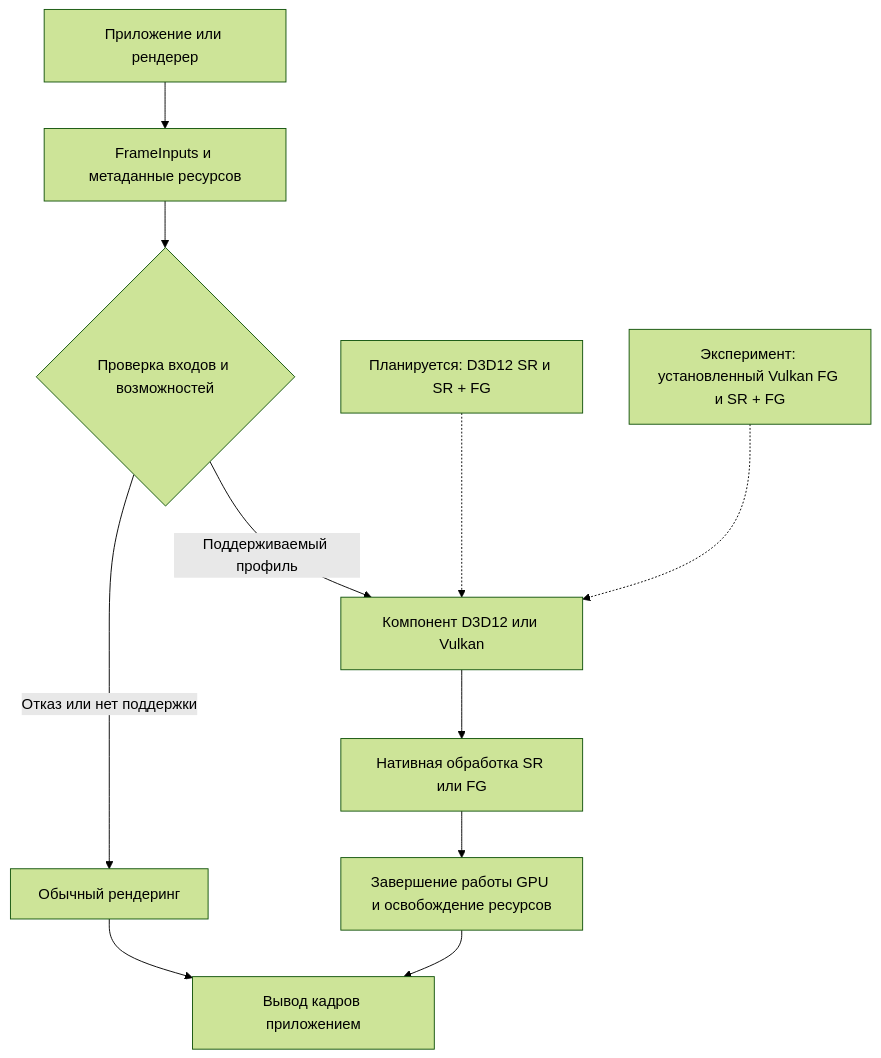
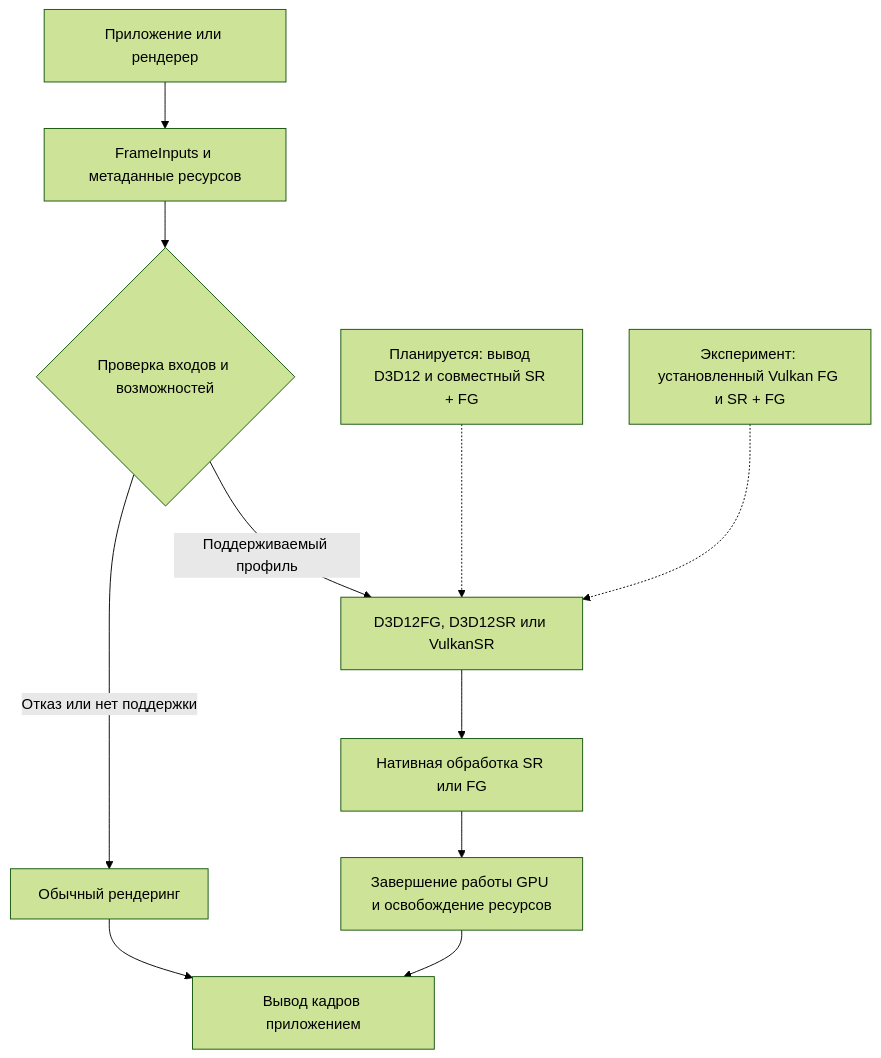
One commit to 5headsmartbtw/leonida-framelab changed the diagram in README_RU.md. Above: the diagram before and after it, drawn with Mermaid (forest theme). The commit also changed other lines of this file and 11 other files, not shown here.

````diff
--- a/README_RU.md
+++ b/README_RU.md
@@ -30,13 +32,13 @@
 ```mermaid
 flowchart TD
     A["Приложение или рендерер"] --> B["FrameInputs и метаданные ресурсов"]
     B --> C{"Проверка входов и возможностей"}
-    C -->|Поддерживаемый профиль| D["Компонент D3D12 или Vulkan"]
+    C -->|Поддерживаемый профиль| D["D3D12FG, D3D12SR или VulkanSR"]
     D --> E["Нативная обработка SR или FG"]
     E --> F["Завершение работы GPU и освобождение ресурсов"]
     F --> G["Вывод кадров приложением"]
     C -->|Отказ или нет поддержки| R["Обычный рендеринг"]
     R --> G
-    P["Планируется: D3D12 SR и SR + FG"] -.-> D
+    P["Планируется: вывод D3D12 и совместный SR + FG"] -.-> D
     X["Эксперимент: установленный Vulkan FG и SR + FG"] -.-> D
 ```
````
